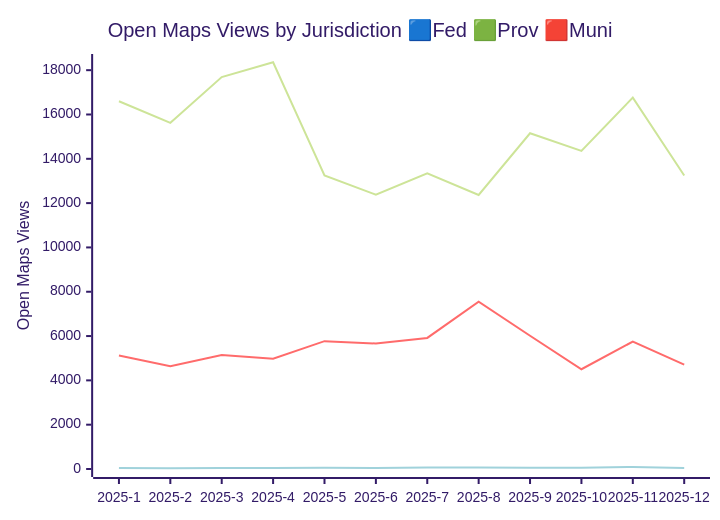
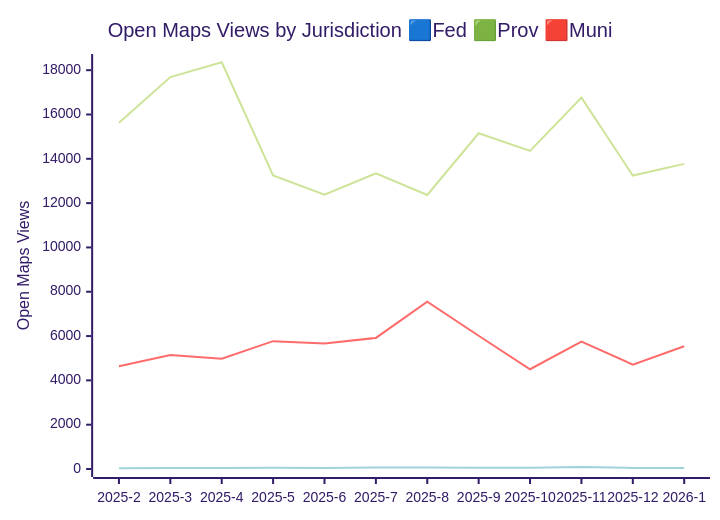
Before and after one commit to open-data/analytics-corporate-reporting: the third of 3 diagrams in JURISDICTION_ANALYTICS_REPORT/readme.md, drawn with Mermaid (forest theme). The commit also changed other lines of this file and 3 other files, not shown here.

````diff
--- a/JURISDICTION_ANALYTICS_REPORT/readme.md
+++ b/JURISDICTION_ANALYTICS_REPORT/readme.md
@@ -41,10 +41,10 @@
 ```mermaid
 
 xychart-beta
     title "Open Maps Views by Jurisdiction 🟦Fed 🟩Prov 🟥Muni"
-    x-axis [2025-1, 2025-2, 2025-3, 2025-4, 2025-5, 2025-6, 2025-7, 2025-8, 2025-9, 2025-10, 2025-11, 2025-12]
+    x-axis [2025-2, 2025-3, 2025-4, 2025-5, 2025-6, 2025-7, 2025-8, 2025-9, 2025-10, 2025-11, 2025-12, 2026-1]
     y-axis "Open Maps Views" 0 --> 18369
-    line [16596, 15623, 17687, 18359, 13250, 12379, 13343, 12366, 15153, 14355, 16762, 13244]
-    line [5120, 4639, 5141, 4978, 5770, 5662, 5916, 7550, 6013, 4503, 5751, 4711]
-    line [47, 38, 44, 41, 52, 45, 69, 67, 61, 52, 94, 49]
+    line [15623, 17687, 18359, 13250, 12379, 13343, 12366, 15153, 14355, 16762, 13244, 13771]
+    line [4639, 5141, 4978, 5770, 5662, 5916, 7550, 6013, 4503, 5751, 4711, 5541]
+    line [38, 44, 41, 52, 45, 69, 67, 61, 52, 94, 49, 46]
 ```
````
